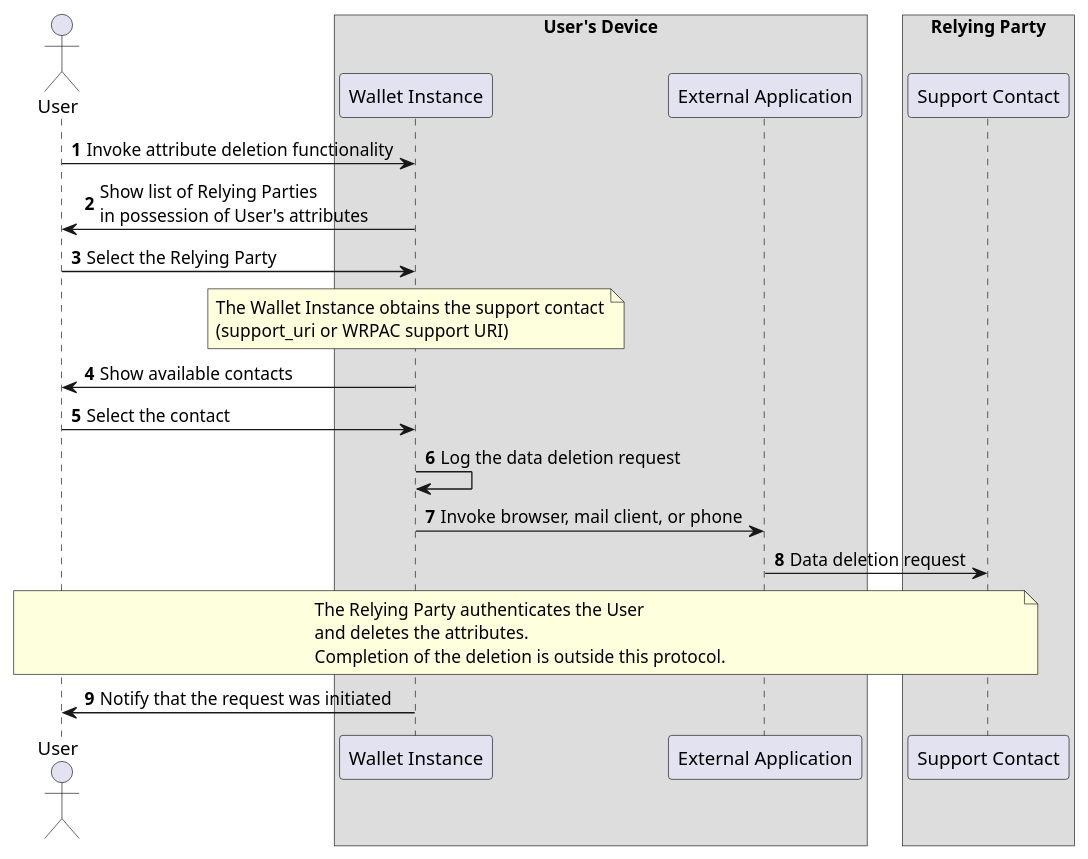
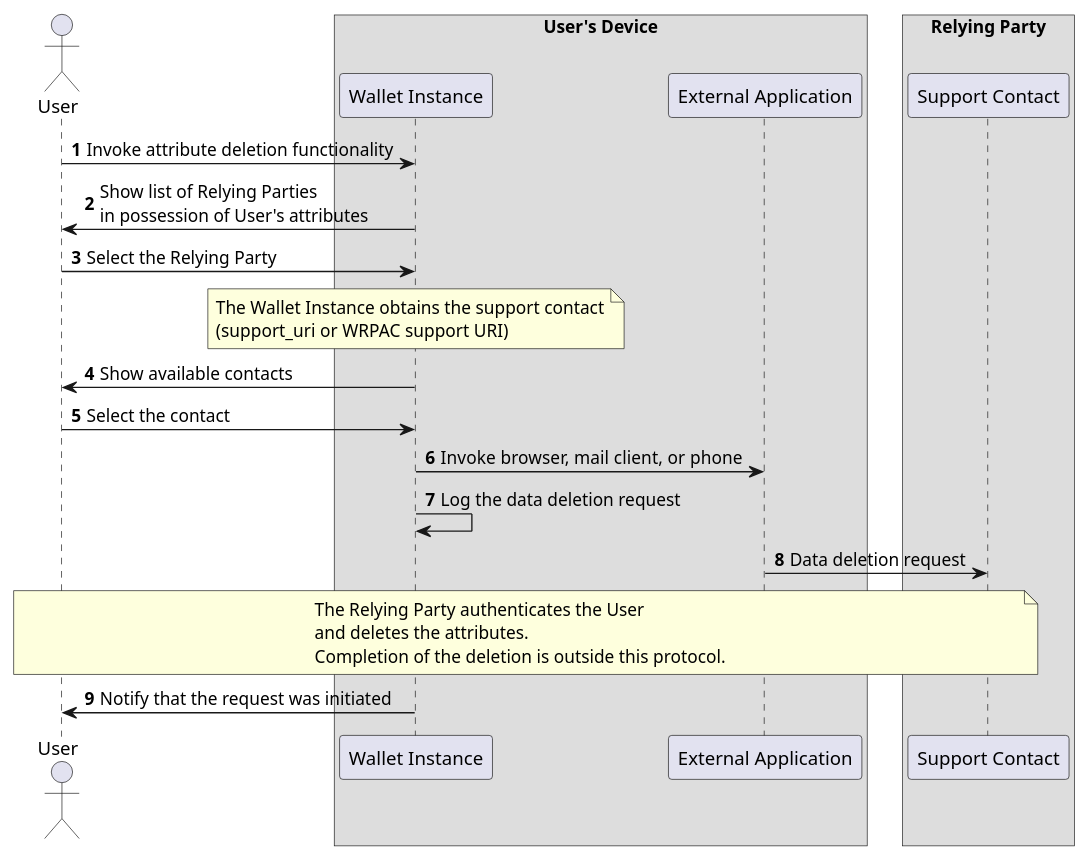
Before and after one commit to italia/eid-wallet-it-docs: the diagram in docs/en/plantuml/user-deletion-attribute-flow.puml, drawn with PlantUML. The commit also changed other lines of this file and 5 other files, not shown here.

```diff
--- a/docs/en/plantuml/user-deletion-attribute-flow.puml
+++ b/docs/en/plantuml/user-deletion-attribute-flow.puml
@@ -1,36 +1,36 @@
 @startuml Deletion of User's Attributes
 autonumber
 actor "User" as user
 
 box User's Device
 participant "Wallet Instance" as app
 participant "External Application" as ext
 end box
 
 box Relying Party
 participant "Support Contact" as rp
 end box
 
   user -> app: Invoke attribute deletion functionality
   app -> user: Show list of Relying Parties \nin possession of User's attributes
   user -> app: Select the Relying Party
 
   note over app
     The Wallet Instance obtains the support contact
     (support_uri or WRPAC support URI)
   end note
 
   app -> user: Show available contacts
   user -> app: Select the contact
+  app -> ext: Invoke browser, mail client, or phone
   app -> app: Log the data deletion request
-  app -> ext: Invoke browser, mail client, or phone
   ext -> rp: Data deletion request
 
   note over user, rp
     The Relying Party authenticates the User
     and deletes the attributes.
     Completion of the deletion is outside this protocol.
   end note
 
   app -> user: Notify that the request was initiated
 @enduml
```
